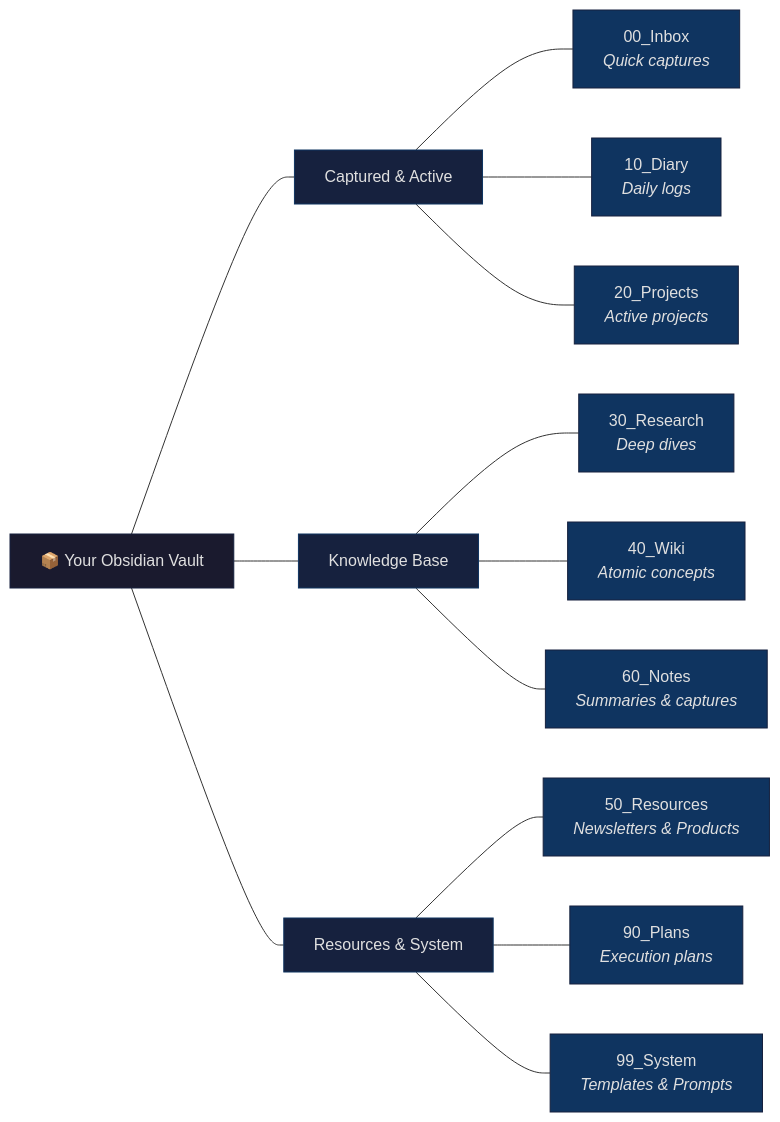
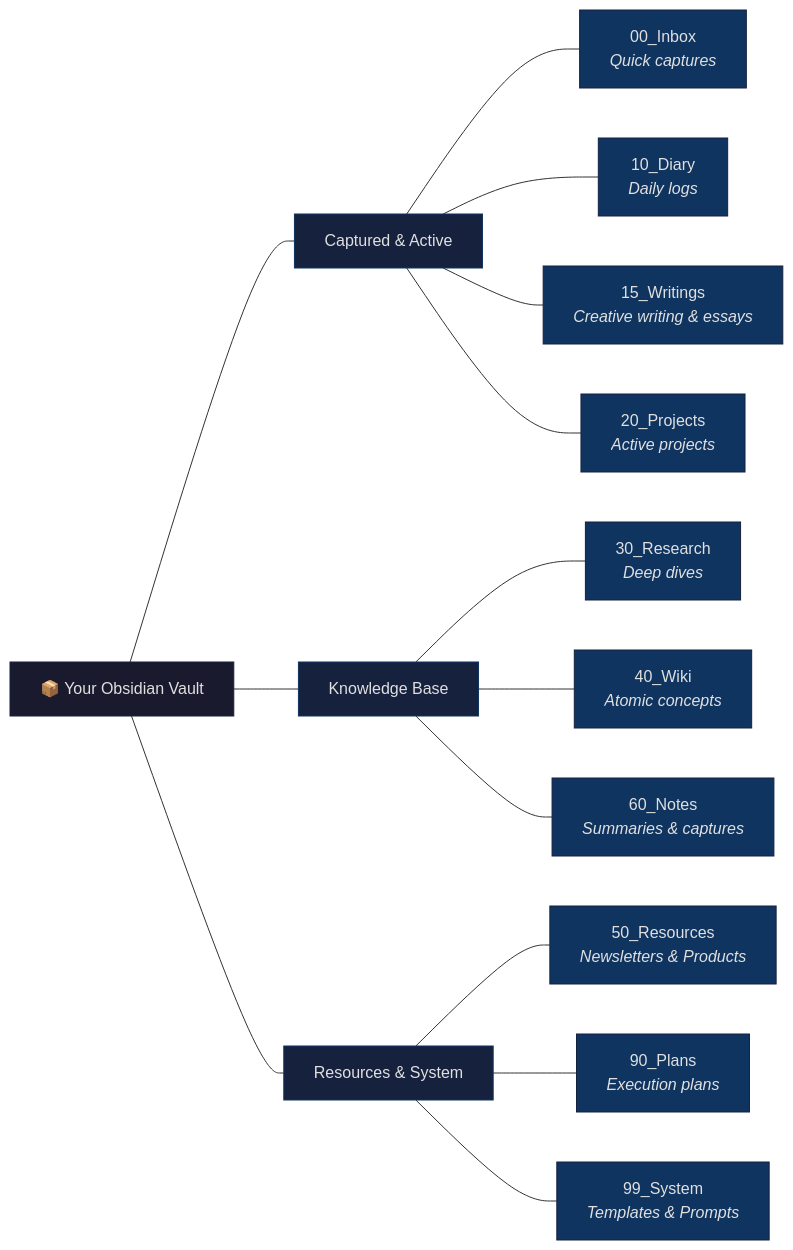
One commit to dull-bird/DeepOrbit changed the second of 8 diagrams in README.md. Above: the diagram before and after it, drawn with Mermaid. The commit also changed other lines of this file and 3 other files, not shown here.

````diff
--- a/README.md
+++ b/README.md
@@ -81,34 +81,36 @@
 ```mermaid
 flowchart LR
     V["📦 Your Obsidian Vault"]
     
     V --- G1["Captured & Active"]
     V --- G2["Knowledge Base"]
     V --- G3["Resources & System"]
 
     G1 --- A["00_Inbox<br/><i>Quick captures</i>"]
     G1 --- B["10_Diary<br/><i>Daily logs</i>"]
+    G1 --- W["15_Writings<br/><i>Creative writing & essays</i>"]
     G1 --- C["20_Projects<br/><i>Active projects</i>"]
     
     G2 --- D["30_Research<br/><i>Deep dives</i>"]
     G2 --- E["40_Wiki<br/><i>Atomic concepts</i>"]
     G2 --- G["60_Notes<br/><i>Summaries & captures</i>"]
     
     G3 --- F["50_Resources<br/><i>Newsletters & Products</i>"]
     G3 --- H["90_Plans<br/><i>Execution plans</i>"]
     G3 --- I["99_System<br/><i>Templates & Prompts</i>"]
 
     style V fill:#1a1a2e,stroke:#16213e,color:#e0e0e0
     style G1 fill:#16213e,stroke:#0f3460,color:#e0e0e0
     style G2 fill:#16213e,stroke:#0f3460,color:#e0e0e0
     style G3 fill:#16213e,stroke:#0f3460,color:#e0e0e0
     style A fill:#0f3460,stroke:#16213e,color:#e0e0e0
     style B fill:#0f3460,stroke:#16213e,color:#e0e0e0
+    style W fill:#0f3460,stroke:#16213e,color:#e0e0e0
     style C fill:#0f3460,stroke:#16213e,color:#e0e0e0
     style D fill:#0f3460,stroke:#16213e,color:#e0e0e0
     style E fill:#0f3460,stroke:#16213e,color:#e0e0e0
     style F fill:#0f3460,stroke:#16213e,color:#e0e0e0
     style G fill:#0f3460,stroke:#16213e,color:#e0e0e0
     style H fill:#0f3460,stroke:#16213e,color:#e0e0e0
     style I fill:#0f3460,stroke:#16213e,color:#e0e0e0
 ```
````
